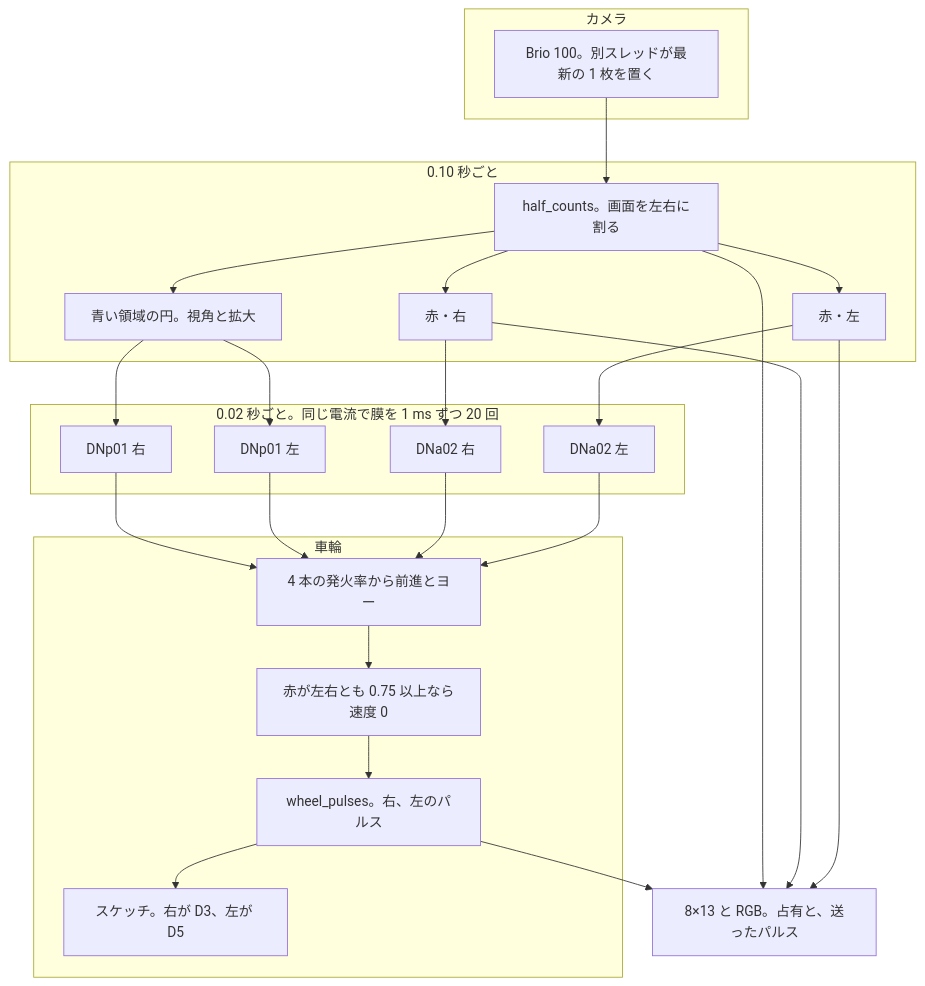
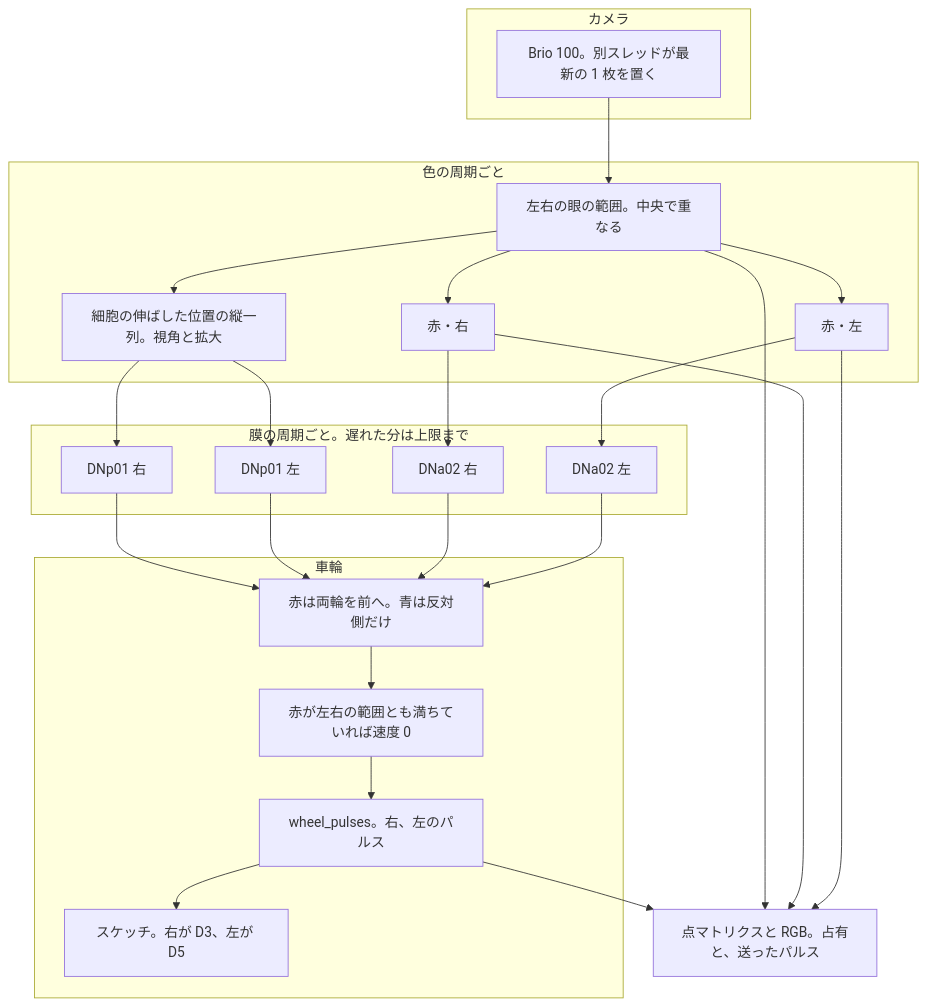
The diagram in src/flycar_q/README.md (hamling-ling/fly-car), drawn with Mermaid before and after one commit. The commit also changed other lines of this file and 17 other files, not shown here.

````diff
--- a/src/flycar_q/README.md
+++ b/src/flycar_q/README.md
@@ -13,44 +17,44 @@
 ```mermaid
 flowchart TB
   subgraph grab [カメラ]
     eye["Brio 100。別スレッドが最新の 1 枚を置く"]
   end
-  subgraph pre [0.10 秒ごと]
-    halves["half_counts。画面を左右に割る"]
+  subgraph pre [色の周期ごと]
+    halves["左右の眼の範囲。中央で重なる"]
     redL["赤・左"]
     redR["赤・右"]
-    blue["青い領域の円。視角と拡大"]
+    blue["細胞の伸ばした位置の縦一列。視角と拡大"]
   end
-  subgraph cells [0.02 秒ごと。同じ電流で膜を 1 ms ずつ 20 回]
+  subgraph cells [膜の周期ごと。遅れた分は上限まで]
     dnaL["DNa02 左"]
     dnaR["DNa02 右"]
     dnpL["DNp01 左"]
     dnpR["DNp01 右"]
   end
   subgraph drive [車輪]
-    law["4 本の発火率から前進とヨー"]
-    guard["赤が左右とも 0.75 以上なら速度 0"]
+    law["赤は両輪を前へ。青は反対側だけ"]
+    guard["赤が左右の範囲とも満ちていれば速度 0"]
     pulse["wheel_pulses。右、左のパルス"]
     mcu["スケッチ。右が D3、左が D5"]
   end
-  face["8×13 と RGB。占有と、送ったパルス"]
+  face["点マトリクスと RGB。占有と、送ったパルス"]
   eye --> halves
   halves --> redL
   halves --> redR
   halves --> blue
   redL --> dnaL
   redR --> dnaR
   blue --> dnpL
   blue --> dnpR
   dnaL --> law
   dnaR --> law
   dnpL --> law
   dnpR --> law
   law --> guard
   guard --> pulse
   pulse --> mcu
   redL --> face
   redR --> face
   halves --> face
   pulse --> face
 ```
````
